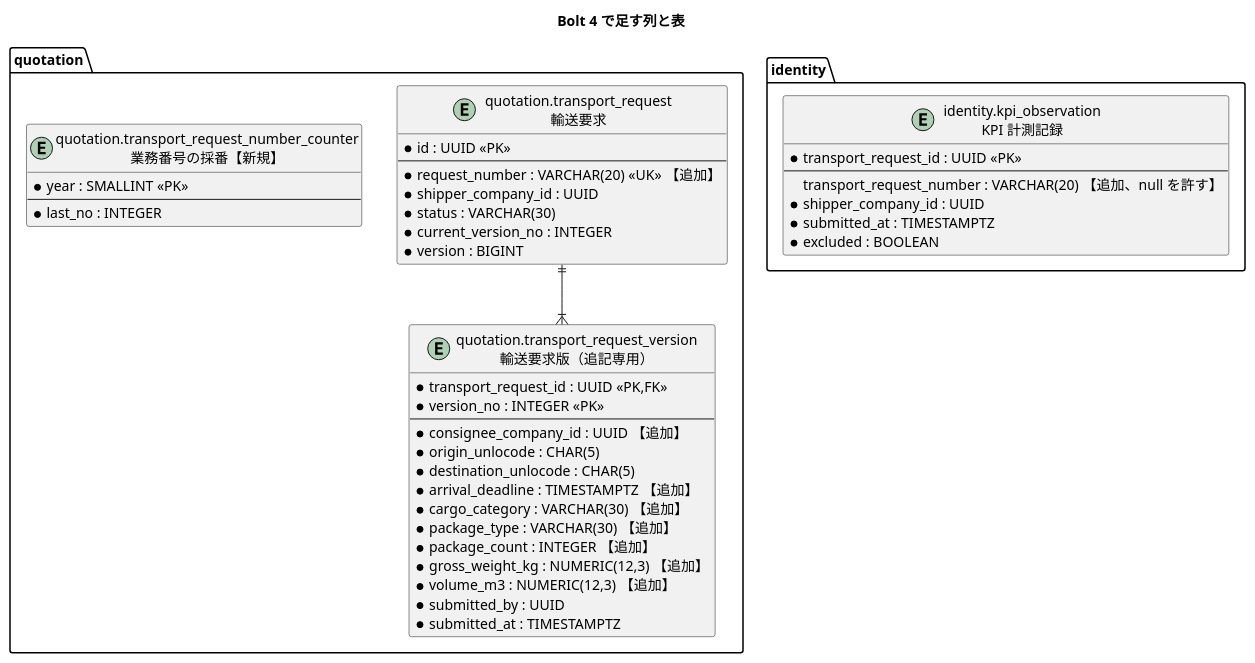
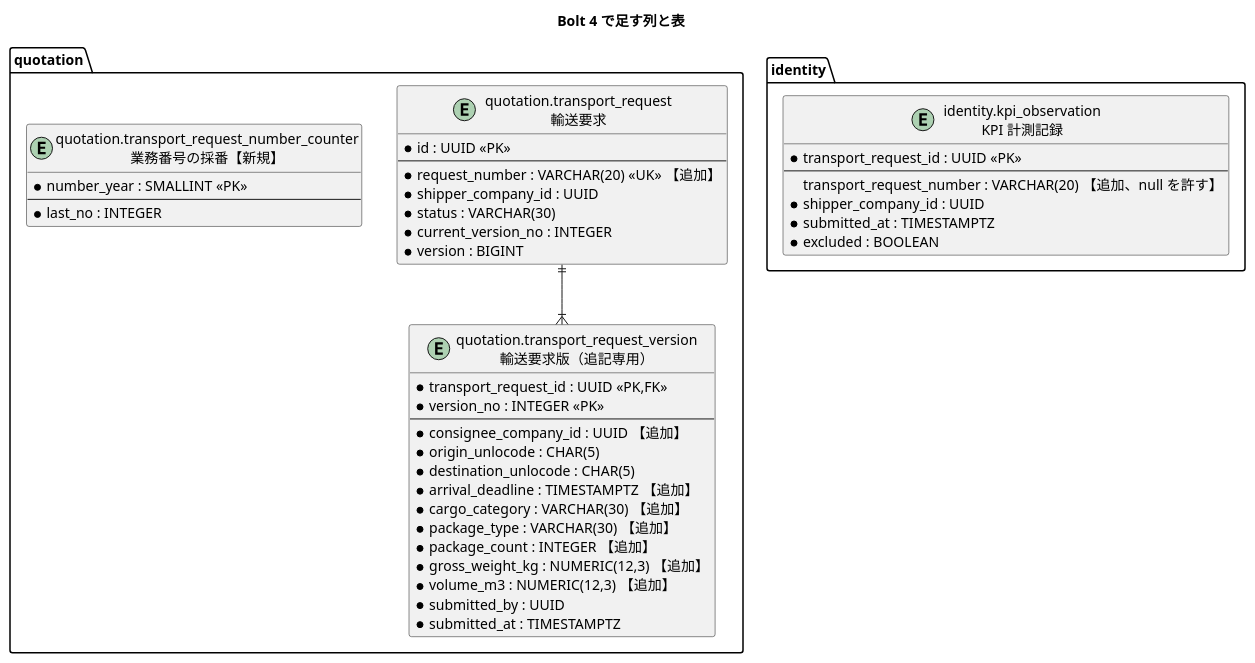
Before and after one commit to k2works/practical-domain-driven-design-in-enterpris-application: the third of 4 diagrams in docs/development/cargo-tracker/bolt_04_plan.md, drawn with PlantUML. The commit also changed other lines of this file and 16 other files, not shown here.

````diff
--- a/docs/development/cargo-tracker/bolt_04_plan.md
+++ b/docs/development/cargo-tracker/bolt_04_plan.md
@@ -177,48 +177,48 @@
 ```plantuml
 @startuml
 title Bolt 4 で足す列と表
 package "quotation" {
   entity "quotation.transport_request\n輸送要求" as tr {
     * id : UUID <<PK>>
     --
     * request_number : VARCHAR(20) <<UK>> 【追加】
     * shipper_company_id : UUID
     * status : VARCHAR(30)
     * current_version_no : INTEGER
     * version : BIGINT
   }
   entity "quotation.transport_request_version\n輸送要求版（追記専用）" as trv {
     * transport_request_id : UUID <<PK,FK>>
     * version_no : INTEGER <<PK>>
     --
     * consignee_company_id : UUID 【追加】
     * origin_unlocode : CHAR(5)
     * destination_unlocode : CHAR(5)
     * arrival_deadline : TIMESTAMPTZ 【追加】
     * cargo_category : VARCHAR(30) 【追加】
     * package_type : VARCHAR(30) 【追加】
     * package_count : INTEGER 【追加】
     * gross_weight_kg : NUMERIC(12,3) 【追加】
     * volume_m3 : NUMERIC(12,3) 【追加】
     * submitted_by : UUID
     * submitted_at : TIMESTAMPTZ
   }
   entity "quotation.transport_request_number_counter\n業務番号の採番【新規】" as cnt {
-    * year : SMALLINT <<PK>>
+    * number_year : SMALLINT <<PK>>
     --
     * last_no : INTEGER
   }
   tr ||--|{ trv
 }
 package "identity" {
   entity "identity.kpi_observation\nKPI 計測記録" as kpi {
     * transport_request_id : UUID <<PK>>
     --
     transport_request_number : VARCHAR(20) 【追加、null を許す】
     * shipper_company_id : UUID
     * submitted_at : TIMESTAMPTZ
     * excluded : BOOLEAN
   }
 }
 @enduml
 ```
````
